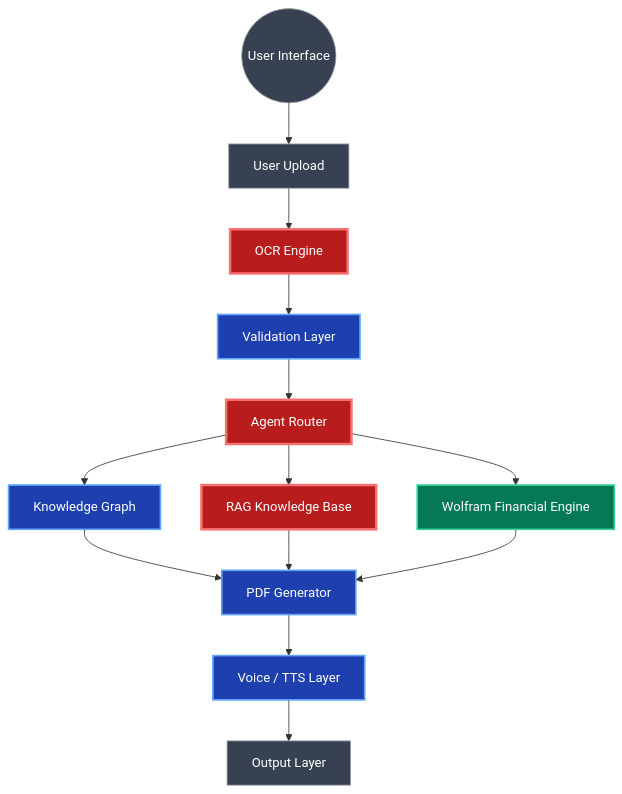
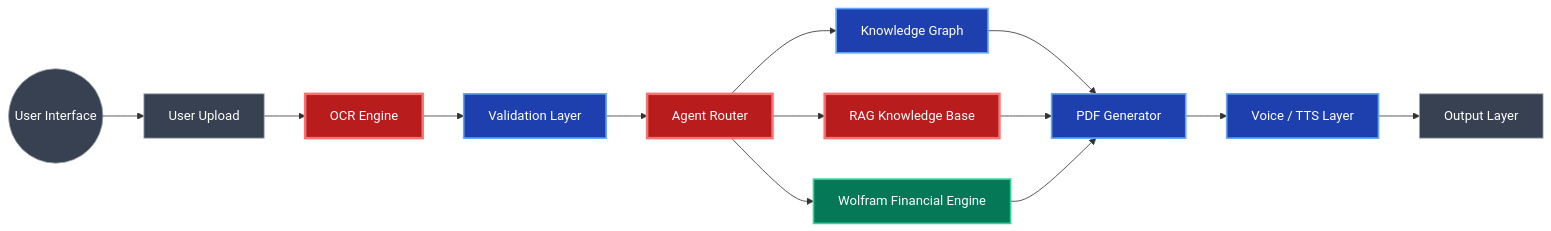
The first of 2 diagrams in README.md (M-zz-k/Varasat_Ai), drawn with Mermaid before and after one commit. The commit also changed other lines of this file, not shown here.

Commit message:
docs: compact architecture diagram and reduce image dimensions

````diff
--- a/README.md
+++ b/README.md
@@ -81,28 +81,22 @@
 ```mermaid
-graph TD
+graph LR
     classDef core fill:#1e40af,stroke:#60a5fa,stroke-width:2px,color:#fff;
     classDef ai fill:#b91c1c,stroke:#f87171,stroke-width:3px,color:#fff;
     classDef engine fill:#047857,stroke:#34d399,stroke-width:2px,color:#fff;
     classDef ui fill:#374151,stroke:#9ca3af,stroke-width:1px,color:#fff;
     
     A((User Interface)) --> B[User Upload]
-    B --> C[OCR Engine]
-    C --> D[Validation Layer]
-    D --> E[Agent Router]
+    B --> C[OCR Engine] --> D[Validation Layer] --> E[Agent Router]
     
     E --> F[Knowledge Graph]
     E --> G[RAG Knowledge Base]
     E --> H[Wolfram Financial Engine]
     
-    F --> I[PDF Generator]
-    G --> I
-    H --> I
-    
-    I --> J[Voice / TTS Layer]
-    J --> K[Output Layer]
+    F & G & H --> I[PDF Generator]
+    I --> J[Voice / TTS Layer] --> K[Output Layer]
     
     class A,B,K ui;
     class C,E,G ai;
     class D,F,I,J core;
     class H engine;
 ```
````
